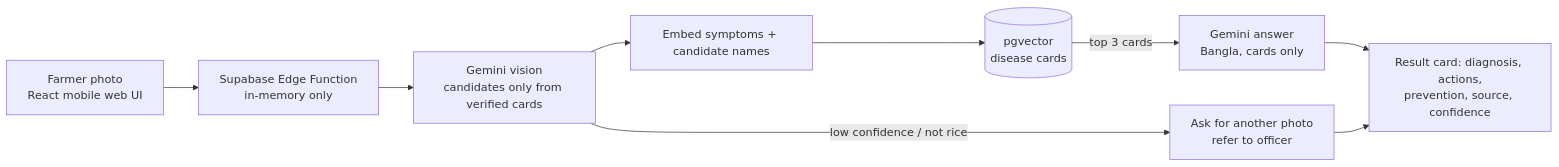
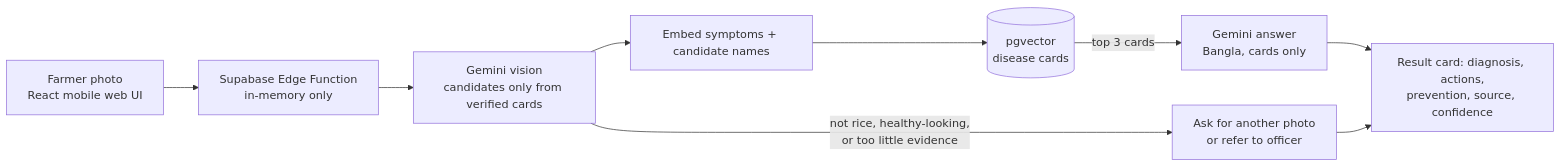
The diagram in docs/architecture/system-architecture.md (mahmudscode/Crop_Guardian), drawn with Mermaid before and after one commit. The commit also changed other lines of this file and 19 other files, not shown here.

Commit message:
Replace self-reported confidence with an evidence gate; healthy/other outcomes; honest badge label; document results

````diff
--- a/docs/architecture/system-architecture.md
+++ b/docs/architecture/system-architecture.md
@@ -17,11 +17,11 @@
 ```mermaid
 flowchart LR
     F[Farmer photo<br/>React mobile web UI] --> E[Supabase Edge Function<br/>in-memory only]
     E --> V[Gemini vision<br/>candidates only from verified cards]
     V --> Q[Embed symptoms + candidate names]
     Q --> P[(pgvector<br/>disease cards)]
     P -->|top 3 cards| A[Gemini answer<br/>Bangla, cards only]
-    V -->|low confidence / not rice| R[Ask for another photo<br/>refer to officer]
+    V -->|not rice, healthy-looking,<br/>or too little evidence| R[Ask for another photo<br/>or refer to officer]
     A --> U[Result card: diagnosis, actions,<br/>prevention, source, confidence]
     R --> U
 ```
````
